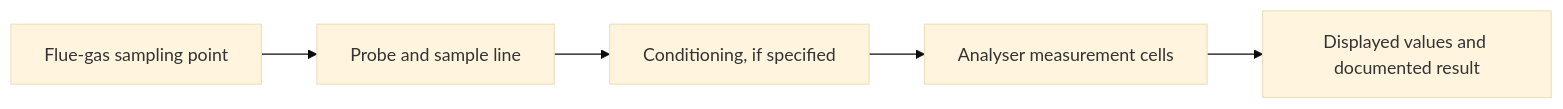
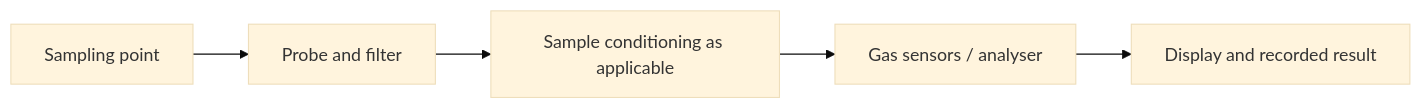
One commit to Himazad1917/flue-gas-analysis-fundamentals changed the diagram in README.md. Above: the diagram before and after it, drawn with Mermaid (base theme). The commit also changed other lines of this file, not shown here.

Commit message:
Update flue gas README with measurement workflow

````diff
--- a/README.md
+++ b/README.md
@@ -20,7 +18,7 @@
-```mermaid
+~~~mermaid
 flowchart LR
-  A[Flue-gas sampling point] --> B[Probe and sample line]
-  B --> C[Conditioning, if specified]
-  C --> D[Analyser measurement cells]
-  D --> E[Displayed values and documented result]
-```
+  A[Sampling point] --> B[Probe and filter]
+  B --> C[Sample conditioning as applicable]
+  C --> D[Gas sensors / analyser]
+  D --> E[Display and recorded result]
+~~~
````
